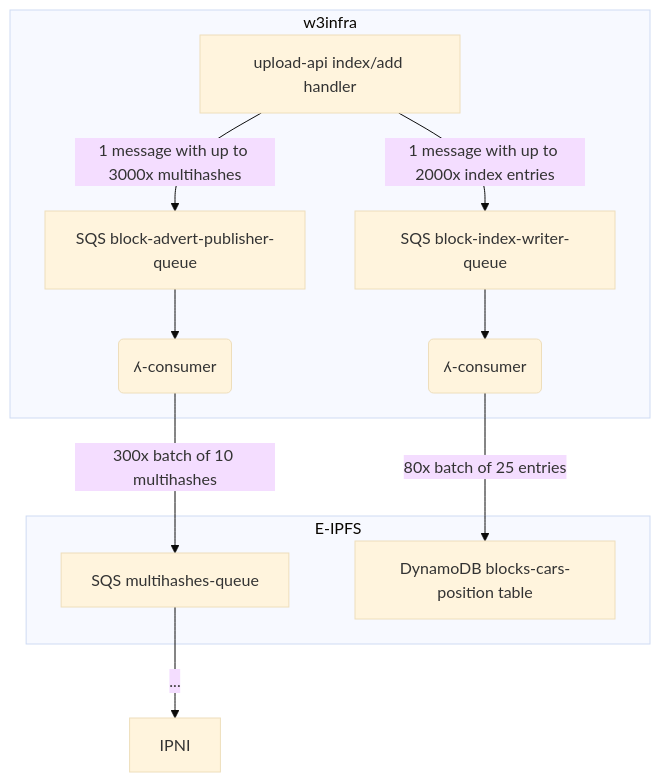
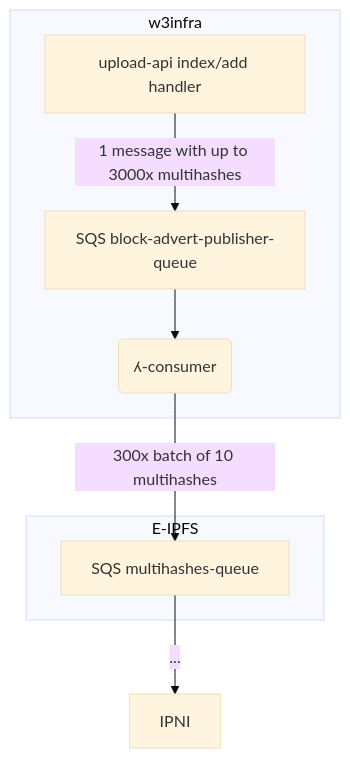
The diagram in indexer/README.md (storacha/w3infra), drawn with Mermaid (base theme) before and after one commit. The commit also changed other lines of this file and 210 other files, not shown here.

````diff
--- a/indexer/README.md
+++ b/indexer/README.md
@@ -11,14 +9,11 @@
 ```mermaid
 graph TD;
   subgraph w3infra
   upload-api[upload-api index/add handler]-->|1 message with up to 3000x multihashes| block-advert-publisher-queue[SQS block-advert-publisher-queue];
   block-advert-publisher-queue-->block-advert-publisher-consumer(ʎ-consumer);
-  upload-api-->|1 message with up to 2000x index entries| block-index-writer-queue[SQS block-index-writer-queue];
-  block-index-writer-queue-->block-index-writer-consumer(ʎ-consumer);
   end
   subgraph E-IPFS
   block-advert-publisher-consumer-->|300x batch of 10 multihashes| multihashes-queue[SQS multihashes-queue];
-  block-index-writer-consumer-->|80x batch of 25 entries| blocks-cars-position[DynamoDB blocks-cars-position table];
   end
   multihashes-queue-->|...| IPNI;
 ```
````
